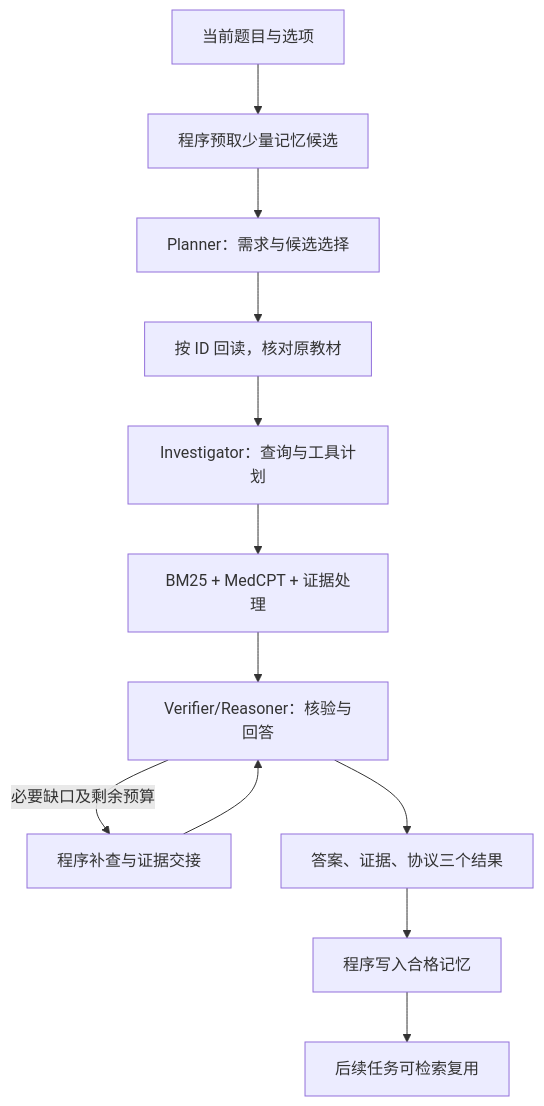
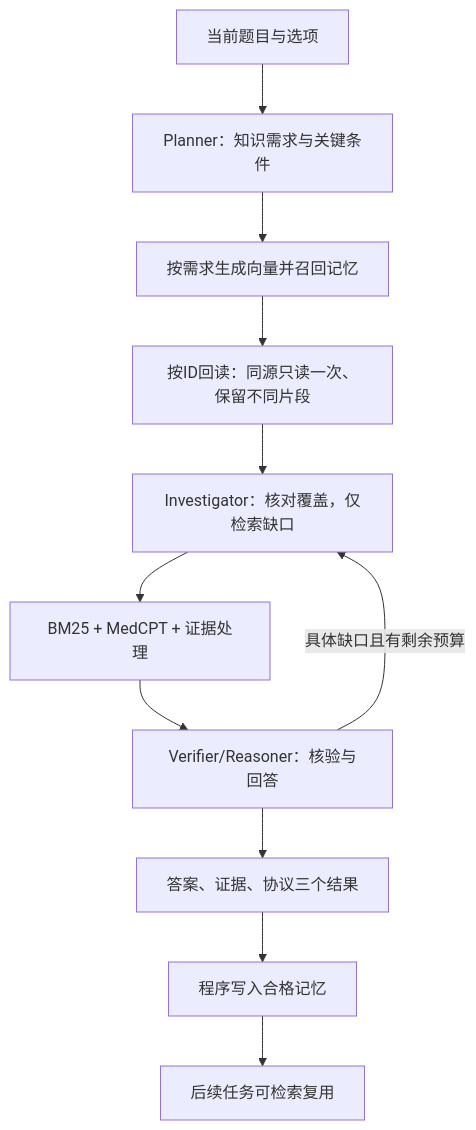
One commit to wuhahaha888/moreagent changed the diagram in docs/ARCHITECTURE.md. Above: the diagram before and after it, drawn with Mermaid. The commit also changed other lines of this file and 148 other files, not shown here.

````diff
--- a/docs/ARCHITECTURE.md
+++ b/docs/ARCHITECTURE.md
@@ -5,14 +7,13 @@
 ```mermaid
 flowchart TD
-    Q[当前题目与选项] --> M[程序预取少量记忆候选]
-    M --> P[Planner：需求与候选选择]
-    P --> R[按 ID 回读，核对原教材]
-    R --> I[Investigator：查询与工具计划]
+    Q[当前题目与选项] --> P[Planner：知识需求与关键条件]
+    P --> M[按需求生成向量并召回记忆]
+    M --> R[按ID回读：同源只读一次、保留不同片段]
+    R --> I[Investigator：核对覆盖，仅检索缺口]
     I --> T[BM25 + MedCPT + 证据处理]
     T --> V[Verifier/Reasoner：核验与回答]
-    V -->|必要缺口及剩余预算| F[程序补查与证据交接]
-    F --> V
+    V -->|具体缺口且有剩余预算| I
     V --> O[答案、证据、协议三个结果]
     O --> W[程序写入合格记忆]
     W --> N[后续任务可检索复用]
 ```
````
